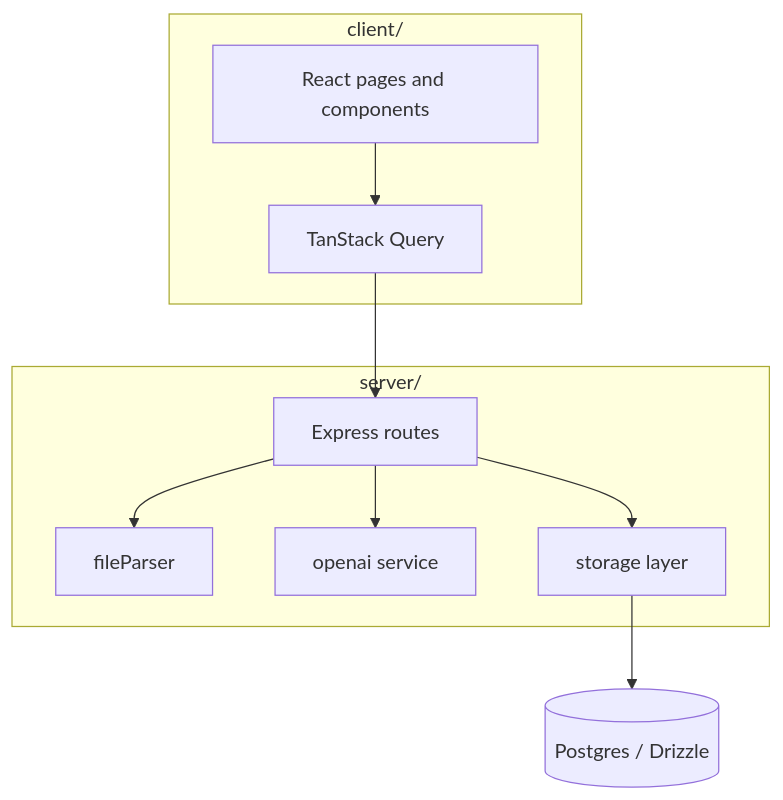
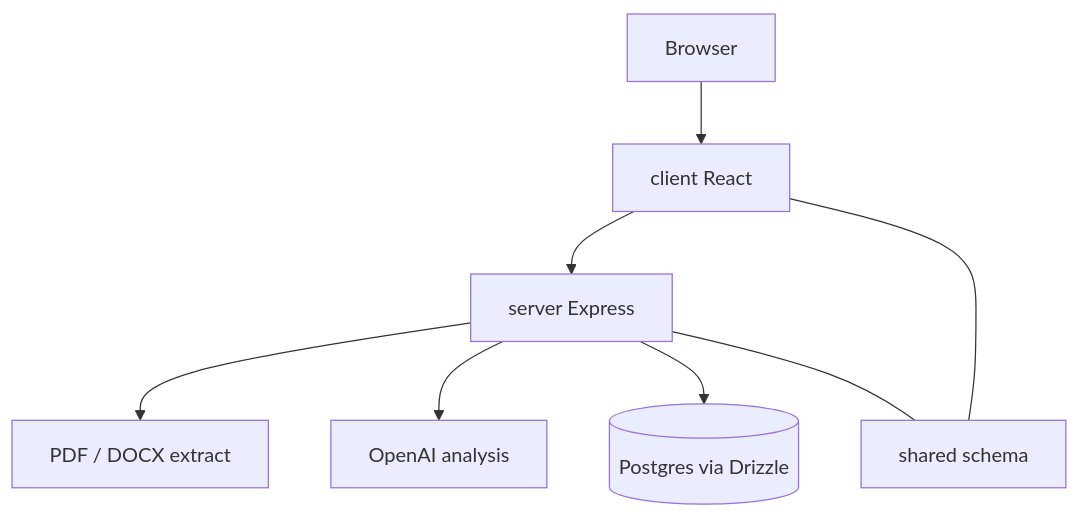
Before and after one commit to Aneesh495/covenant: the diagram in README.md, drawn with Mermaid. The commit also changed other lines of this file, not shown here.

Commit message:
Detail Covenant upload, review, and shared-schema request flow

````diff
--- a/README.md
+++ b/README.md
@@ -9,18 +9,10 @@
 ```mermaid
 flowchart TB
-  subgraph client [client/]
-    UI[React pages and components]
-    QC[TanStack Query]
-  end
-  subgraph server [server/]
-    API[Express routes]
-    Parse[fileParser]
-    LLM[openai service]
-    Store[storage layer]
-  end
-  UI --> QC --> API
-  API --> Parse
-  API --> LLM
-  API --> Store
-  Store --> DB[(Postgres / Drizzle)]
+  Browser --> Web[client React]
+  Web --> API[server Express]
+  API --> Parse[PDF / DOCX extract]
+  API --> Model[OpenAI analysis]
+  API --> DB[(Postgres via Drizzle)]
+  Web --- Shared[shared schema]
+  API --- Shared
 ```
````
